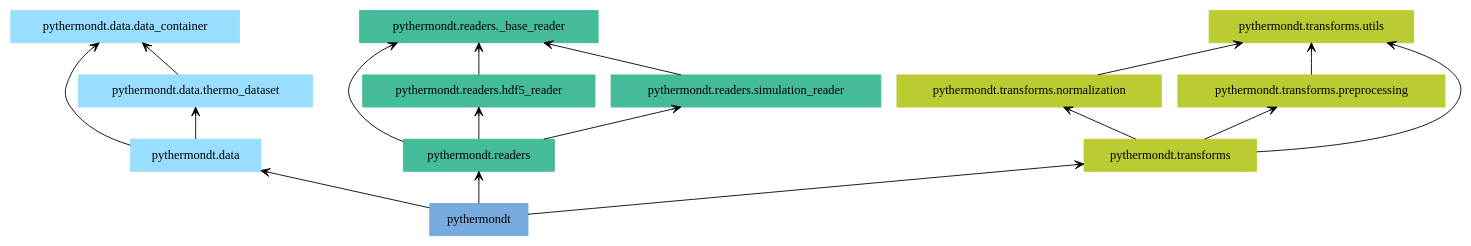
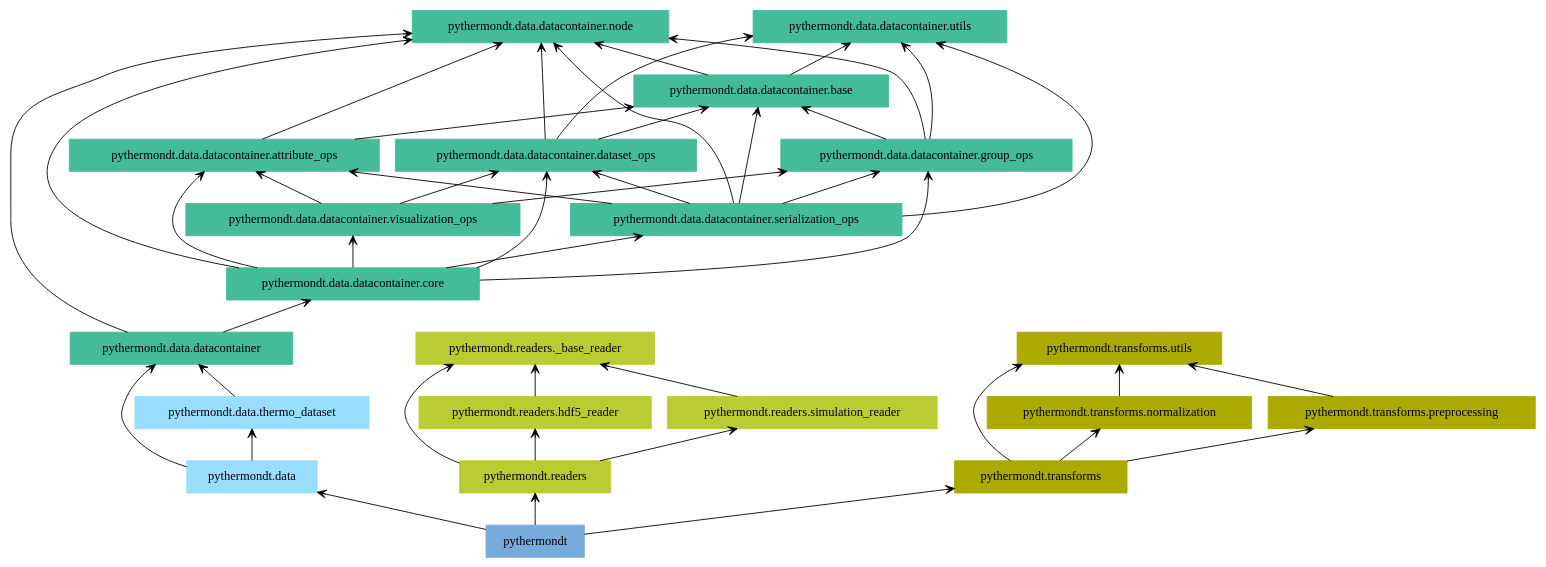
One commit to voidsy-gmbh/pyThermoNDT changed the diagram in docs/pyreverse/packages_PyThermoNDT.gv. Above: the diagram before and after it, drawn with Graphviz. The commit also changed 3 other files, not shown here.

Commit message:
Update pyreverse diagrams

```diff
--- a/docs/pyreverse/packages_PyThermoNDT.gv
+++ b/docs/pyreverse/packages_PyThermoNDT.gv
@@ -1,32 +1,68 @@
 digraph "packages_PyThermoNDT" {
 rankdir=BT
 charset="utf-8"
 "pythermondt" [color="#77AADD", label=<pythermondt>, shape="box", style="filled"];
 "pythermondt.data" [color="#99DDFF", label=<pythermondt.data>, shape="box", style="filled"];
-"pythermondt.data.data_container" [color="#99DDFF", label=<pythermondt.data.data_container>, shape="box", style="filled"];
+"pythermondt.data.datacontainer" [color="#44BB99", label=<pythermondt.data.datacontainer>, shape="box", style="filled"];
+"pythermondt.data.datacontainer.attribute_ops" [color="#44BB99", label=<pythermondt.data.datacontainer.attribute_ops>, shape="box", style="filled"];
+"pythermondt.data.datacontainer.base" [color="#44BB99", label=<pythermondt.data.datacontainer.base>, shape="box", style="filled"];
+"pythermondt.data.datacontainer.core" [color="#44BB99", label=<pythermondt.data.datacontainer.core>, shape="box", style="filled"];
+"pythermondt.data.datacontainer.dataset_ops" [color="#44BB99", label=<pythermondt.data.datacontainer.dataset_ops>, shape="box", style="filled"];
+"pythermondt.data.datacontainer.group_ops" [color="#44BB99", label=<pythermondt.data.datacontainer.group_ops>, shape="box", style="filled"];
+"pythermondt.data.datacontainer.node" [color="#44BB99", label=<pythermondt.data.datacontainer.node>, shape="box", style="filled"];
+"pythermondt.data.datacontainer.serialization_ops" [color="#44BB99", label=<pythermondt.data.datacontainer.serialization_ops>, shape="box", style="filled"];
+"pythermondt.data.datacontainer.utils" [color="#44BB99", label=<pythermondt.data.datacontainer.utils>, shape="box", style="filled"];
+"pythermondt.data.datacontainer.visualization_ops" [color="#44BB99", label=<pythermondt.data.datacontainer.visualization_ops>, shape="box", style="filled"];
 "pythermondt.data.thermo_dataset" [color="#99DDFF", label=<pythermondt.data.thermo_dataset>, shape="box", style="filled"];
-"pythermondt.readers" [color="#44BB99", label=<pythermondt.readers>, shape="box", style="filled"];
-"pythermondt.readers._base_reader" [color="#44BB99", label=<pythermondt.readers._base_reader>, shape="box", style="filled"];
-"pythermondt.readers.hdf5_reader" [color="#44BB99", label=<pythermondt.readers.hdf5_reader>, shape="box", style="filled"];
-"pythermondt.readers.simulation_reader" [color="#44BB99", label=<pythermondt.readers.simulation_reader>, shape="box", style="filled"];
-"pythermondt.transforms" [color="#BBCC33", label=<pythermondt.transforms>, shape="box", style="filled"];
-"pythermondt.transforms.normalization" [color="#BBCC33", label=<pythermondt.transforms.normalization>, shape="box", style="filled"];
-"pythermondt.transforms.preprocessing" [color="#BBCC33", label=<pythermondt.transforms.preprocessing>, shape="box", style="filled"];
-"pythermondt.transforms.utils" [color="#BBCC33", label=<pythermondt.transforms.utils>, shape="box", style="filled"];
+"pythermondt.readers" [color="#BBCC33", label=<pythermondt.readers>, shape="box", style="filled"];
+"pythermondt.readers._base_reader" [color="#BBCC33", label=<pythermondt.readers._base_reader>, shape="box", style="filled"];
+"pythermondt.readers.hdf5_reader" [color="#BBCC33", label=<pythermondt.readers.hdf5_reader>, shape="box", style="filled"];
+"pythermondt.readers.simulation_reader" [color="#BBCC33", label=<pythermondt.readers.simulation_reader>, shape="box", style="filled"];
+"pythermondt.transforms" [color="#AAAA00", label=<pythermondt.transforms>, shape="box", style="filled"];
+"pythermondt.transforms.normalization" [color="#AAAA00", label=<pythermondt.transforms.normalization>, shape="box", style="filled"];
+"pythermondt.transforms.preprocessing" [color="#AAAA00", label=<pythermondt.transforms.preprocessing>, shape="box", style="filled"];
+"pythermondt.transforms.utils" [color="#AAAA00", label=<pythermondt.transforms.utils>, shape="box", style="filled"];
 "pythermondt" -> "pythermondt.data" [arrowhead="open", arrowtail="none"];
 "pythermondt" -> "pythermondt.readers" [arrowhead="open", arrowtail="none"];
 "pythermondt" -> "pythermondt.transforms" [arrowhead="open", arrowtail="none"];
-"pythermondt.data" -> "pythermondt.data.data_container" [arrowhead="open", arrowtail="none"];
+"pythermondt.data" -> "pythermondt.data.datacontainer" [arrowhead="open", arrowtail="none"];
 "pythermondt.data" -> "pythermondt.data.thermo_dataset" [arrowhead="open", arrowtail="none"];
-"pythermondt.data.thermo_dataset" -> "pythermondt.data.data_container" [arrowhead="open", arrowtail="none"];
+"pythermondt.data.datacontainer" -> "pythermondt.data.datacontainer.core" [arrowhead="open", arrowtail="none"];
+"pythermondt.data.datacontainer" -> "pythermondt.data.datacontainer.node" [arrowhead="open", arrowtail="none"];
+"pythermondt.data.datacontainer.attribute_ops" -> "pythermondt.data.datacontainer.base" [arrowhead="open", arrowtail="none"];
+"pythermondt.data.datacontainer.attribute_ops" -> "pythermondt.data.datacontainer.node" [arrowhead="open", arrowtail="none"];
+"pythermondt.data.datacontainer.base" -> "pythermondt.data.datacontainer.node" [arrowhead="open", arrowtail="none"];
+"pythermondt.data.datacontainer.base" -> "pythermondt.data.datacontainer.utils" [arrowhead="open", arrowtail="none"];
+"pythermondt.data.datacontainer.core" -> "pythermondt.data.datacontainer.attribute_ops" [arrowhead="open", arrowtail="none"];
+"pythermondt.data.datacontainer.core" -> "pythermondt.data.datacontainer.dataset_ops" [arrowhead="open", arrowtail="none"];
+"pythermondt.data.datacontainer.core" -> "pythermondt.data.datacontainer.group_ops" [arrowhead="open", arrowtail="none"];
+"pythermondt.data.datacontainer.core" -> "pythermondt.data.datacontainer.node" [arrowhead="open", arrowtail="none"];
+"pythermondt.data.datacontainer.core" -> "pythermondt.data.datacontainer.serialization_ops" [arrowhead="open", arrowtail="none"];
+"pythermondt.data.datacontainer.core" -> "pythermondt.data.datacontainer.visualization_ops" [arrowhead="open", arrowtail="none"];
+"pythermondt.data.datacontainer.dataset_ops" -> "pythermondt.data.datacontainer.base" [arrowhead="open", arrowtail="none"];
+"pythermondt.data.datacontainer.dataset_ops" -> "pythermondt.data.datacontainer.node" [arrowhead="open", arrowtail="none"];
+"pythermondt.data.datacontainer.dataset_ops" -> "pythermondt.data.datacontainer.utils" [arrowhead="open", arrowtail="none"];
+"pythermondt.data.datacontainer.group_ops" -> "pythermondt.data.datacontainer.base" [arrowhead="open", arrowtail="none"];
+"pythermondt.data.datacontainer.group_ops" -> "pythermondt.data.datacontainer.node" [arrowhead="open", arrowtail="none"];
+"pythermondt.data.datacontainer.group_ops" -> "pythermondt.data.datacontainer.utils" [arrowhead="open", arrowtail="none"];
+"pythermondt.data.datacontainer.serialization_ops" -> "pythermondt.data.datacontainer.attribute_ops" [arrowhead="open", arrowtail="none"];
+"pythermondt.data.datacontainer.serialization_ops" -> "pythermondt.data.datacontainer.base" [arrowhead="open", arrowtail="none"];
+"pythermondt.data.datacontainer.serialization_ops" -> "pythermondt.data.datacontainer.dataset_ops" [arrowhead="open", arrowtail="none"];
+"pythermondt.data.datacontainer.serialization_ops" -> "pythermondt.data.datacontainer.group_ops" [arrowhead="open", arrowtail="none"];
+"pythermondt.data.datacontainer.serialization_ops" -> "pythermondt.data.datacontainer.node" [arrowhead="open", arrowtail="none"];
+"pythermondt.data.datacontainer.serialization_ops" -> "pythermondt.data.datacontainer.utils" [arrowhead="open", arrowtail="none"];
+"pythermondt.data.datacontainer.visualization_ops" -> "pythermondt.data.datacontainer.attribute_ops" [arrowhead="open", arrowtail="none"];
+"pythermondt.data.datacontainer.visualization_ops" -> "pythermondt.data.datacontainer.dataset_ops" [arrowhead="open", arrowtail="none"];
+"pythermondt.data.datacontainer.visualization_ops" -> "pythermondt.data.datacontainer.group_ops" [arrowhead="open", arrowtail="none"];
+"pythermondt.data.thermo_dataset" -> "pythermondt.data.datacontainer" [arrowhead="open", arrowtail="none"];
 "pythermondt.readers" -> "pythermondt.readers._base_reader" [arrowhead="open", arrowtail="none"];
 "pythermondt.readers" -> "pythermondt.readers.hdf5_reader" [arrowhead="open", arrowtail="none"];
 "pythermondt.readers" -> "pythermondt.readers.simulation_reader" [arrowhead="open", arrowtail="none"];
 "pythermondt.readers.hdf5_reader" -> "pythermondt.readers._base_reader" [arrowhead="open", arrowtail="none"];
 "pythermondt.readers.simulation_reader" -> "pythermondt.readers._base_reader" [arrowhead="open", arrowtail="none"];
 "pythermondt.transforms" -> "pythermondt.transforms.normalization" [arrowhead="open", arrowtail="none"];
 "pythermondt.transforms" -> "pythermondt.transforms.preprocessing" [arrowhead="open", arrowtail="none"];
 "pythermondt.transforms" -> "pythermondt.transforms.utils" [arrowhead="open", arrowtail="none"];
 "pythermondt.transforms.normalization" -> "pythermondt.transforms.utils" [arrowhead="open", arrowtail="none"];
 "pythermondt.transforms.preprocessing" -> "pythermondt.transforms.utils" [arrowhead="open", arrowtail="none"];
 }
```
